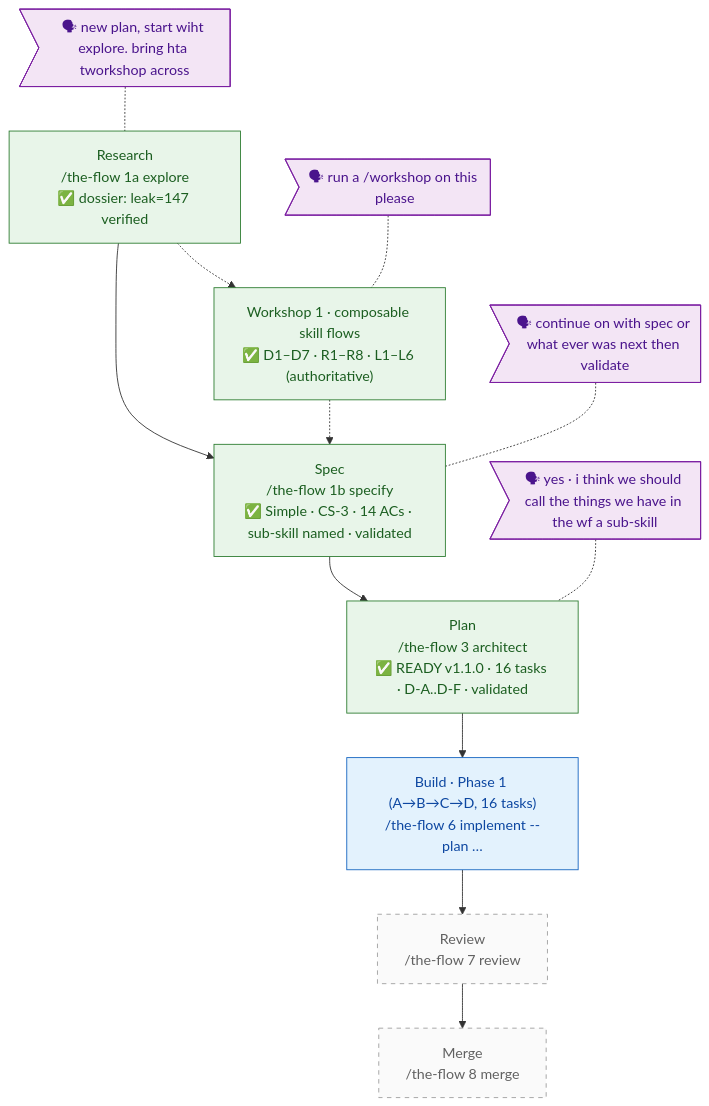
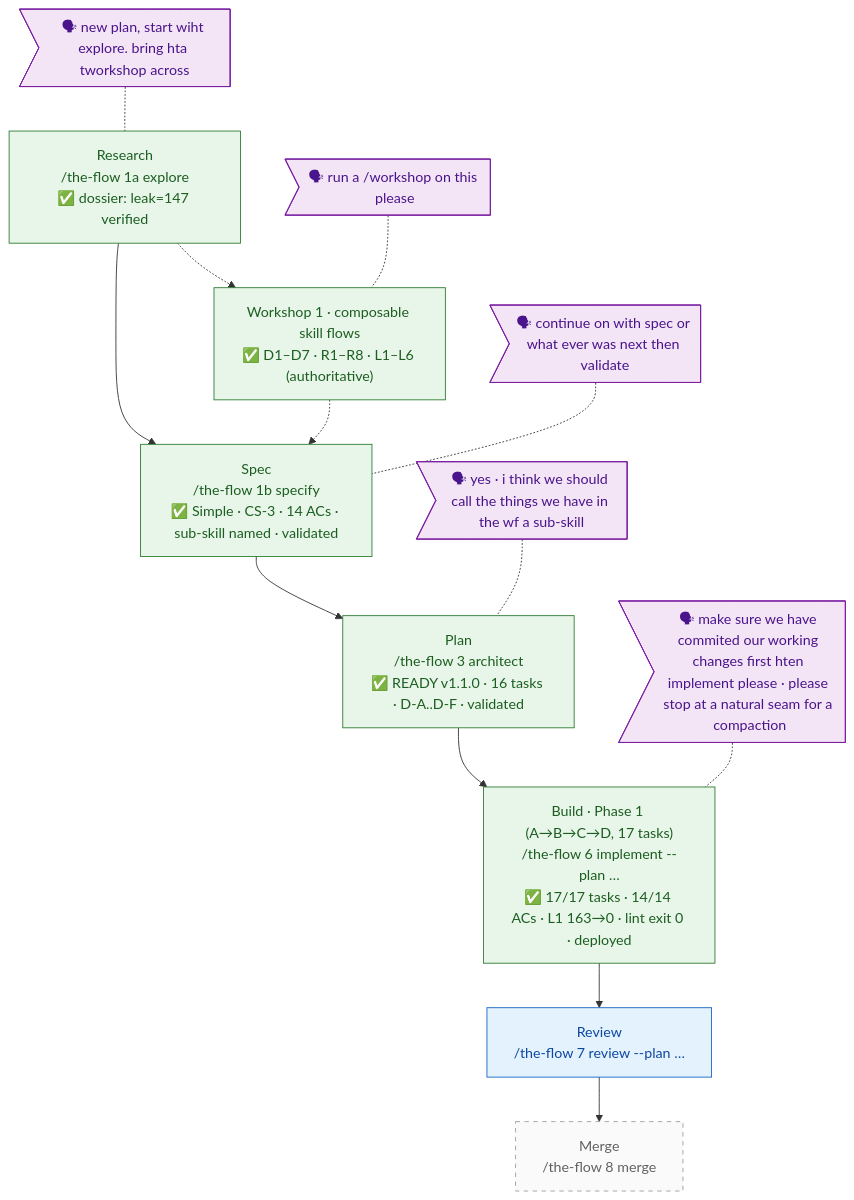
One commit to jakkaj/tools changed the diagram in docs/plans/031-skills-flow-architecture/the-flow.md. Above: the diagram before and after it, drawn with Mermaid. The commit also changed other lines of this file and 35 other files, not shown here.

First line of the commit message:
feat(skills): restructure the-flow to the flow-architecture pattern — sub-skills as contract-bound verbs, Registry+Graph, slotted coach, companion folded into implement (plan-031)

````diff
--- a/docs/plans/031-skills-flow-architecture/the-flow.md
+++ b/docs/plans/031-skills-flow-architecture/the-flow.md
@@ -4,36 +4,38 @@
 ```mermaid
 flowchart TD
     classDef done fill:#E8F5E9,stroke:#2E7D32,color:#1B5E20
     classDef wip fill:#FFF3E0,stroke:#EF6C00,color:#E65100
     classDef blocked fill:#FFEBEE,stroke:#C62828,color:#B71C1C
     classDef known fill:#E3F2FD,stroke:#1565C0,color:#0D47A1
     classDef assumed fill:#FAFAFA,stroke:#9E9E9E,color:#616161,stroke-dasharray: 5 5
     classDef said fill:#F3E5F5,stroke:#7B1FA2,color:#4A148C
     classDef harness fill:#EDE7F6,stroke:#673AB7,color:#311B92
 
     research["Research<br/>/the-flow 1a explore<br/>✅ dossier: leak=147 verified"]:::done
     ws1["Workshop 1 · composable skill flows<br/>✅ D1–D7 · R1–R8 · L1–L6 (authoritative)"]:::done
     spec["Spec<br/>/the-flow 1b specify<br/>✅ Simple · CS-3 · 14 ACs · sub-skill named · validated"]:::done
     plan["Plan<br/>/the-flow 3 architect<br/>✅ READY v1.1.0 · 16 tasks · D-A..D-F · validated"]:::done
-    build["Build · Phase 1 (A→B→C→D, 16 tasks)<br/>/the-flow 6 implement --plan …"]:::known
-    review["Review<br/>/the-flow 7 review"]:::assumed
+    build["Build · Phase 1 (A→B→C→D, 17 tasks)<br/>/the-flow 6 implement --plan …<br/>✅ 17/17 tasks · 14/14 ACs · L1 163→0 · lint exit 0 · deployed"]:::done
+    review["Review<br/>/the-flow 7 review --plan …"]:::known
     merge["Merge<br/>/the-flow 8 merge"]:::assumed
 
     u_research>"🗣 new plan, start wiht explore. bring hta tworkshop across"]:::said
     u_ws1>"🗣 run a /workshop on this please"]:::said
     u_spec>"🗣 continue on with spec or what ever was next then validate"]:::said
     u_plan>"🗣 yes · i think we should call the things we have in the wf a sub-skill"]:::said
+    u_build>"🗣 make sure we have commited our working changes first hten implement please · please stop at a natural seam for a compaction"]:::said
 
     research --> spec
     research -.-> ws1
     ws1 -.-> spec
     spec --> plan
     plan --> build
     build --> review
     review --> merge
 
     u_research -.- research
     u_ws1 -.- ws1
     u_spec -.- spec
     u_plan -.- plan
+    u_build -.- build
 ```
````
